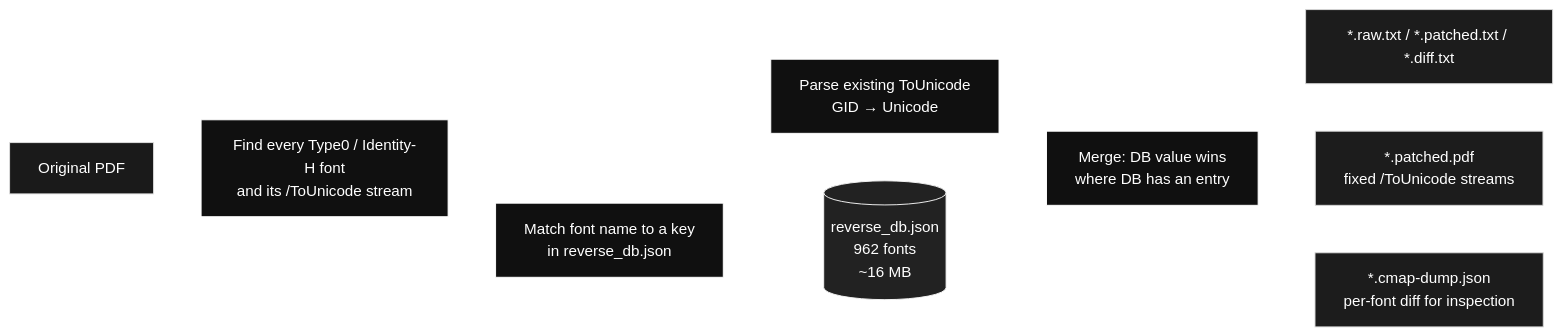
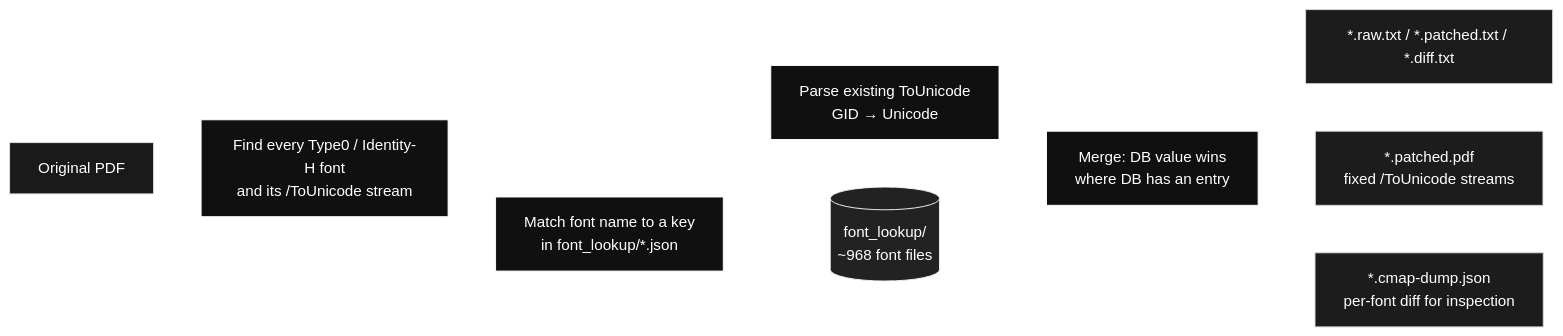
Before and after one commit to OpenPecha/pdf-cmap-fix: the second of 4 diagrams in docs/blog.md, drawn with Mermaid. The commit also changed other lines of this file and 1963 other files, not shown here.

First line of the commit message:
font_lookup layout, drop overlay CLI; CLI --help; README CLI table

````diff
--- a/docs/blog.md
+++ b/docs/blog.md
@@ -100,18 +100,18 @@
 ```mermaid
 %%{init: {'theme':'base', 'themeVariables': {'background':'#000000','primaryColor':'#151515','primaryTextColor':'#ffffff','primaryBorderColor':'#e8e8e8','secondaryColor':'#151515','tertiaryColor':'#000000','lineColor':'#ffffff','textColor':'#ffffff','mainBkg':'#101010','secondBkg':'#181818','nodeBorder':'#ffffff','clusterBkg':'#0a0a0a','clusterBorder':'#ffffff','clusterTextColor':'#ffffff','titleColor':'#ffffff','edgeLabelBackground':'#000000'}}}%%
 flowchart LR
     PDF[Original PDF]:::in
     PDF --> A[Find every Type0 / Identity-H font<br/>and its /ToUnicode stream]
     A --> B[Parse existing ToUnicode<br/>GID → Unicode]
-    A --> M[Match font name to a key<br/>in reverse_db.json]
-    M --> DB[(reverse_db.json<br/>962 fonts<br/>~16 MB)]:::db
+    A --> M[Match font name to a key<br/>in font_lookup/*.json]
+    M --> DB[(font_lookup/<br/>~968 font files)]:::db
     B --> C[Merge: DB value wins<br/>where DB has an entry]
     DB --> C
     C --> O1[*.raw.txt / *.patched.txt / *.diff.txt]:::out
     C --> O2[*.patched.pdf<br/>fixed /ToUnicode streams]:::out
     C --> O3[*.cmap-dump.json<br/>per-font diff for inspection]:::out
 
     classDef in fill:#1a1a1a,stroke:#e0e0e0,color:#fff
     classDef db fill:#222222,stroke:#f5f5f5,color:#fff
     classDef out fill:#1c1c1c,stroke:#d8d8d8,color:#fff
 ```
````
